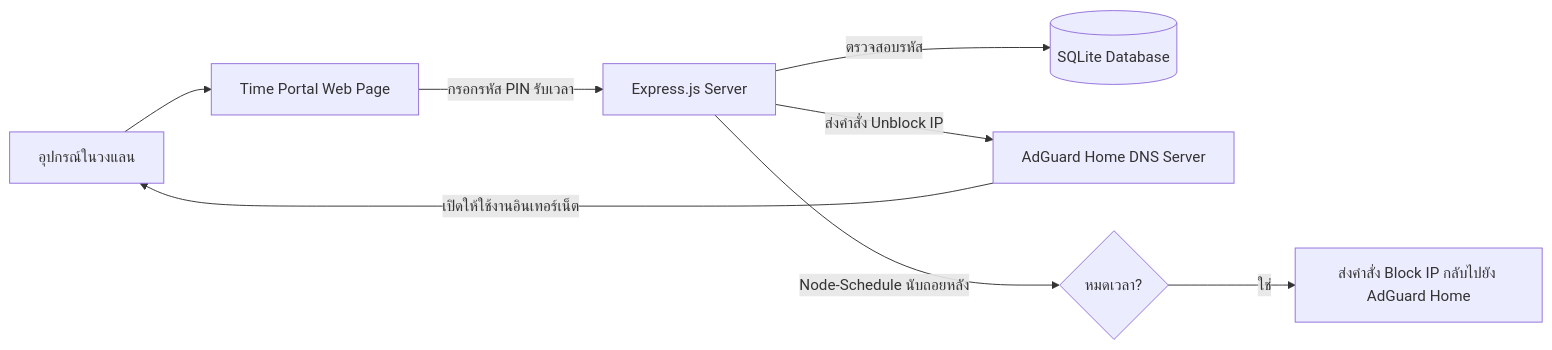
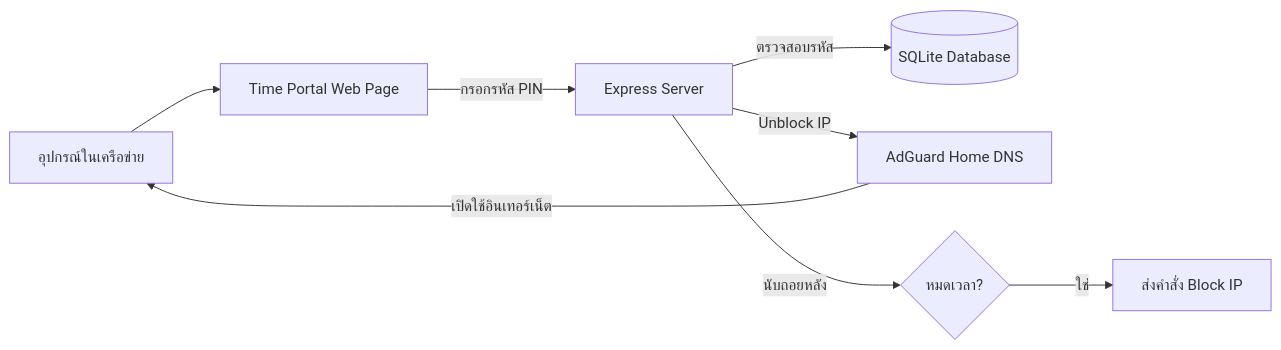
One commit to FANG9356/MyProject changed the seventh of 9 diagrams in README.md. Above: the diagram before and after it, drawn with Mermaid. The commit also changed other lines of this file and 1 other file, not shown here.

````diff
--- a/README.md
+++ b/README.md
@@ -338,10 +297,10 @@
 ```mermaid
 flowchart LR
- A[อุปกรณ์ในวงแลน] --> B[Time Portal Web Page]
- B -->|กรอกรหัส PIN รับเวลา| C[Express.js Server]
- C -->|ตรวจสอบรหัส| D[(SQLite Database)]
- C -->|ส่งคำสั่ง Unblock IP| E[AdGuard Home DNS Server]
- E -->|เปิดให้ใช้งานอินเทอร์เน็ต| A
- C -->|Node-Schedule นับถอยหลัง| F{หมดเวลา?}
- F -->|ใช่| G[ส่งคำสั่ง Block IP กลับไปยัง AdGuard Home]
+  A[อุปกรณ์ในเครือข่าย] --> B[Time Portal Web Page]
+  B -->|กรอกรหัส PIN| C[Express Server]
+  C -->|ตรวจสอบรหัส| D[(SQLite Database)]
+  C -->|Unblock IP| E[AdGuard Home DNS]
+  E -->|เปิดใช้อินเทอร์เน็ต| A
+  C -->|นับถอยหลัง| F{หมดเวลา?}
+  F -->|ใช่| G[ส่งคำสั่ง Block IP]
 ```
````
